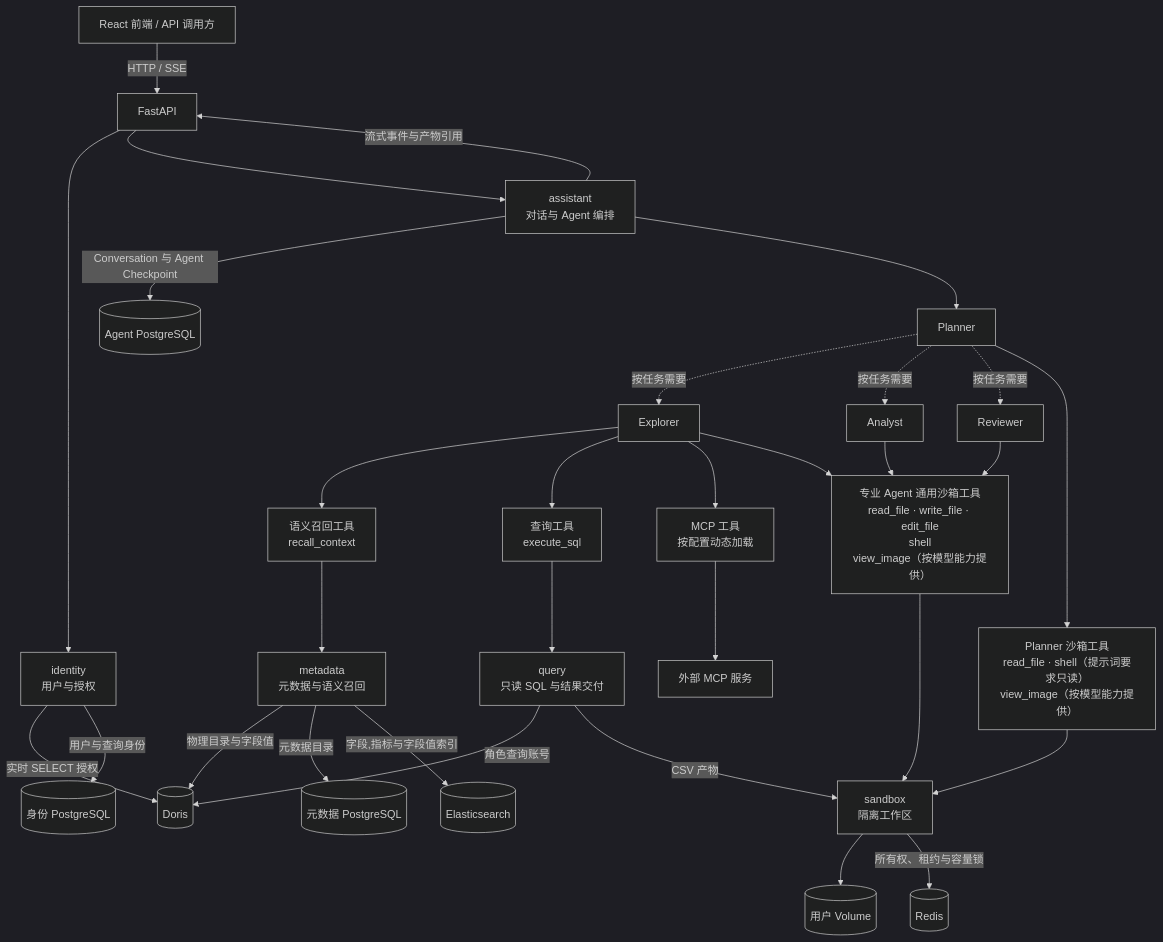
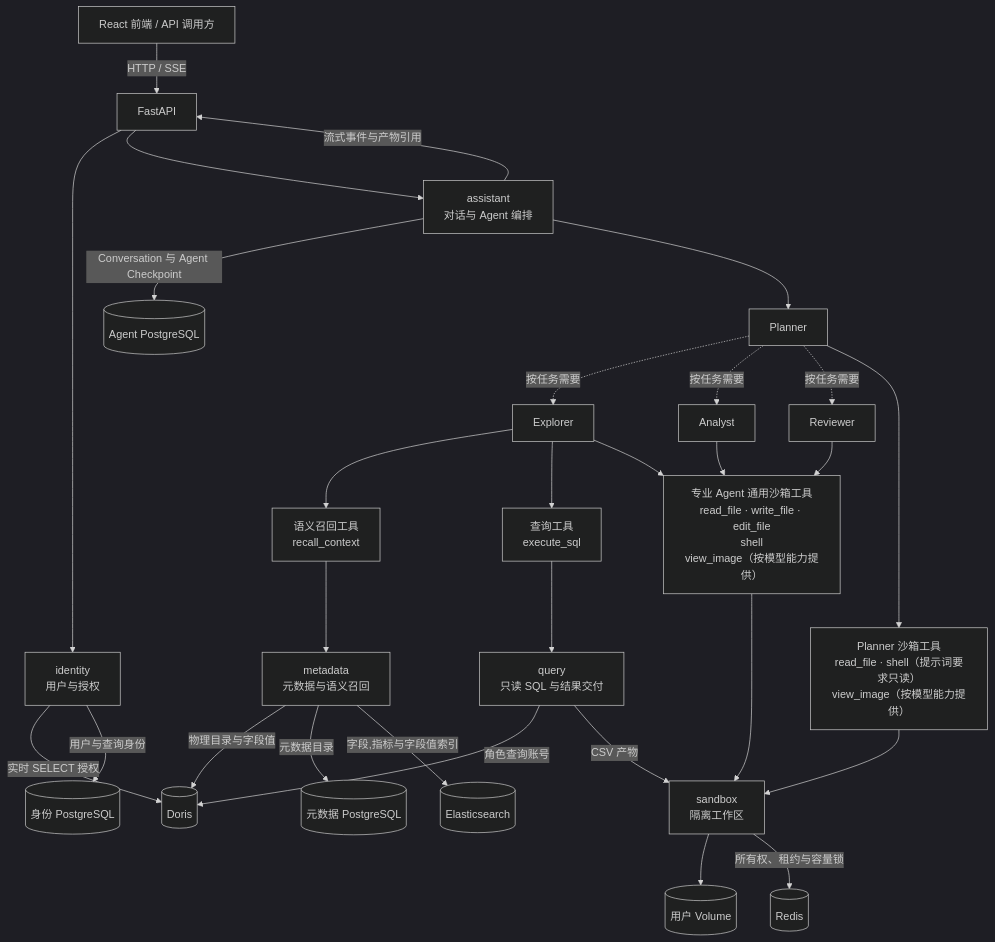
Before and after one commit to 2739673455/dataagent: the first of 4 diagrams in docs/00_架构与协作总览.md, drawn with Mermaid (dark theme). The commit also changed other lines of this file and 105 other files, not shown here.

````diff
--- a/docs/00_架构与协作总览.md
+++ b/docs/00_架构与协作总览.md
@@ -7,35 +7,33 @@
 ```mermaid
 flowchart TD
     U[React 前端 / API 调用方] -->|HTTP / SSE| API[FastAPI]
     API --> I[identity<br/>用户与授权]
     API --> A[assistant<br/>对话与 Agent 编排]
     A -->|Conversation 与 Agent Checkpoint| AGENT_PG[(Agent PostgreSQL)]
     A -->|流式事件与产物引用| API
     A --> P[Planner]
     P -. 按任务需要 .-> E[Explorer]
     P -. 按任务需要 .-> N[Analyst]
     P -. 按任务需要 .-> R[Reviewer]
 
     E --> RECALL["语义召回工具<br/>recall_context"]
     E --> SQL["查询工具<br/>execute_sql"]
-    E --> MCP["MCP 工具<br/>按配置动态加载"]
     E --> FILES["专业 Agent 通用沙箱工具<br/>read_file · write_file · edit_file<br/>shell<br/>view_image（按模型能力提供）"]
     N --> FILES
     R --> FILES
     P --> PFILES["Planner 沙箱工具<br/>read_file · shell（提示词要求只读）<br/>view_image（按模型能力提供）"]
 
     RECALL --> M[metadata<br/>元数据与语义召回]
     SQL --> Q[query<br/>只读 SQL 与结果交付]
-    MCP --> X[外部 MCP 服务]
     FILES --> S[sandbox<br/>隔离工作区]
     PFILES --> S
     Q -->|角色查询账号| D[(Doris)]
     I -->|实时 SELECT 授权| D
     M -->|物理目录与字段值| D
     Q -->|CSV 产物| S
     S --> VOL[(用户 Volume)]
     S -->|所有权、租约与容量锁| REDIS[(Redis)]
     I -->|用户与查询身份| AUTH_PG[(身份 PostgreSQL)]
     M -->|元数据目录| META_PG[(元数据 PostgreSQL)]
     M -->|字段,指标与字段值索引| ES[(Elasticsearch)]
 ```
````
